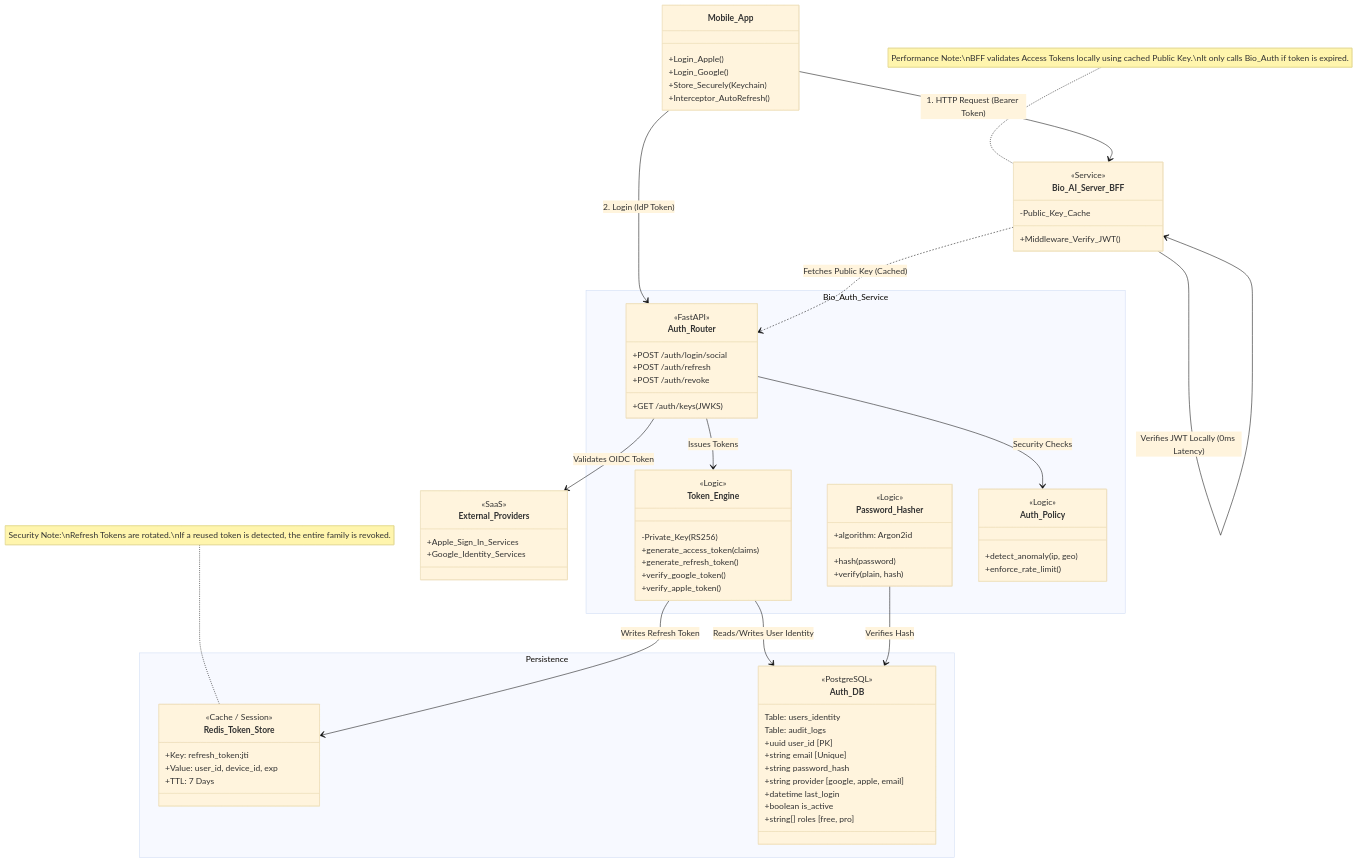
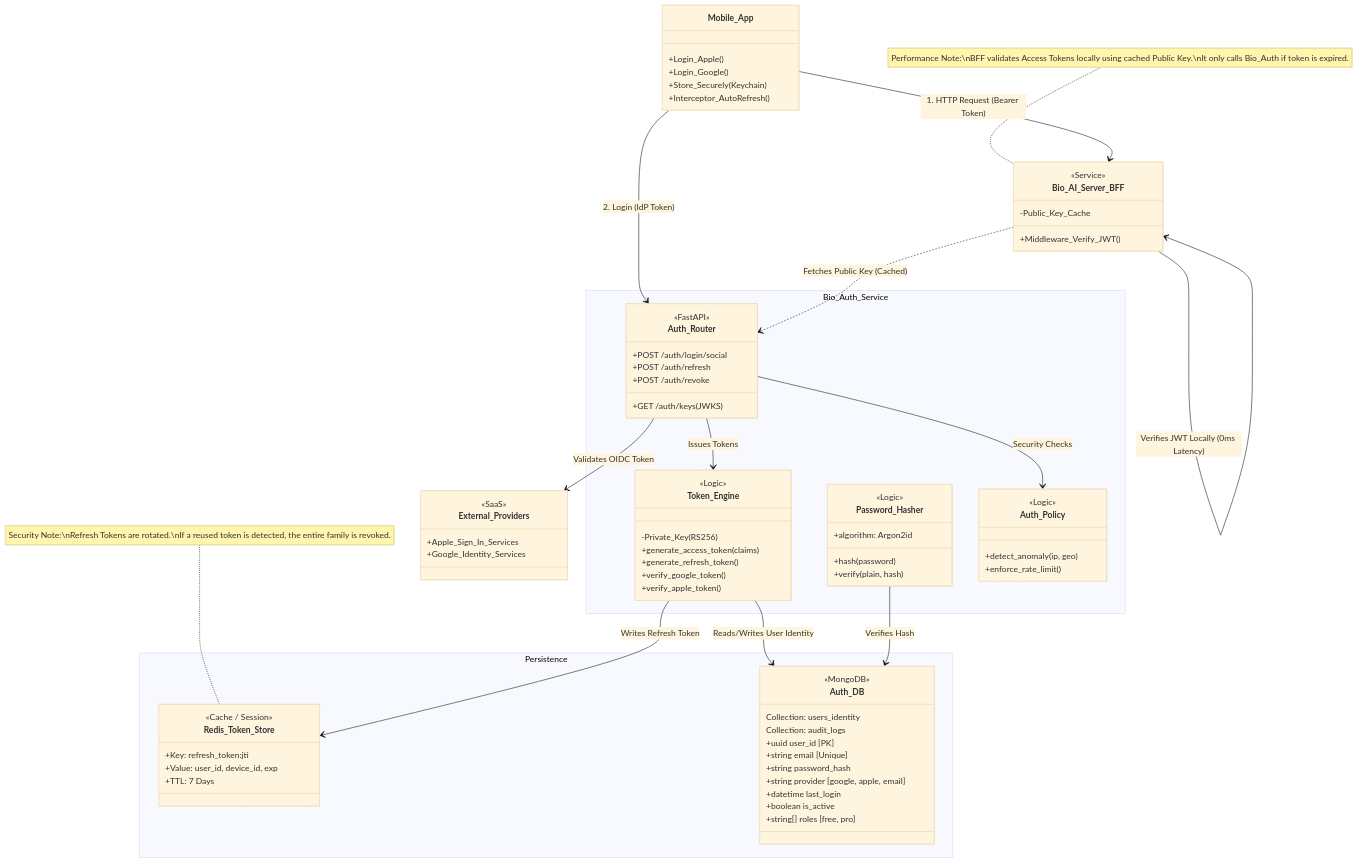
The diagram in docs/development/bioauth_specs.md (omnimuh730/Bio-AI), drawn with Mermaid (base theme) before and after one commit. The commit also changed other lines of this file and 6 other files, not shown here.

```diff
--- a/docs/development/bioauth_specs.md
+++ b/docs/development/bioauth_specs.md
@@ -80,9 +80,9 @@
         }
 
         class Auth_DB {
-            <<PostgreSQL>>
-            Table: users_identity
-            Table: audit_logs
+            <<MongoDB>>
+            Collection: users_identity
+            Collection: audit_logs
         }
     }
 
```
